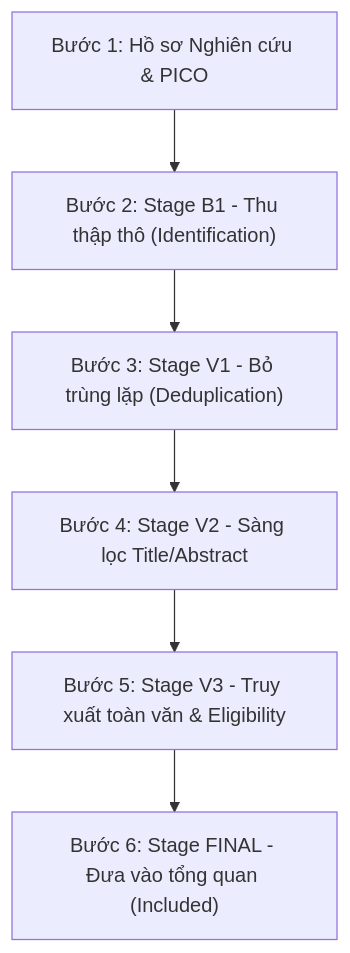
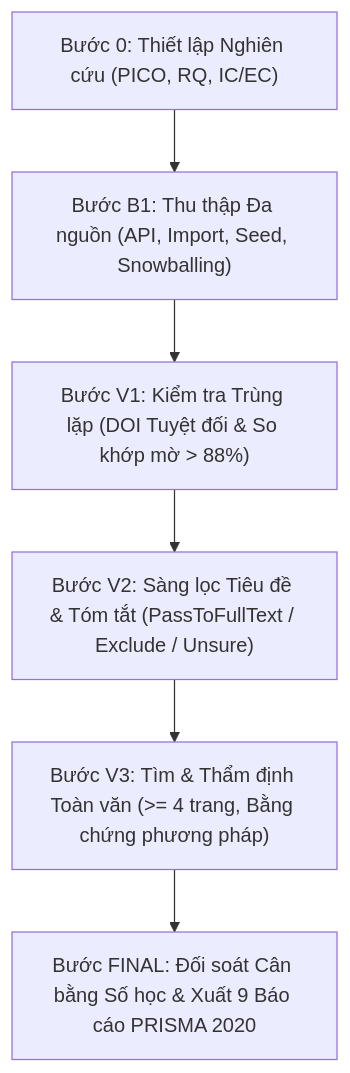
One commit to Duykhobo/Scholar-Extractor changed the first of 2 diagrams in HUONG_DAN_SU_DUNG.md. Above: the diagram before and after it, drawn with Mermaid. The commit also changed other lines of this file and 9 other files, not shown here.

````diff
--- a/HUONG_DAN_SU_DUNG.md
+++ b/HUONG_DAN_SU_DUNG.md
@@ -51,8 +257,8 @@
 ```mermaid
 graph TD
-    A["Bước 1: Hồ sơ Nghiên cứu & PICO"] --> B["Bước 2: Stage B1 - Thu thập thô (Identification)"]
-    B --> C["Bước 3: Stage V1 - Bỏ trùng lặp (Deduplication)"]
-    C --> D["Bước 4: Stage V2 - Sàng lọc Title/Abstract"]
-    D --> E["Bước 5: Stage V3 - Truy xuất toàn văn & Eligibility"]
-    E --> F["Bước 6: Stage FINAL - Đưa vào tổng quan (Included)"]
+    S0["Bước 0: Thiết lập Nghiên cứu (PICO, RQ, IC/EC)"] --> B1["Bước B1: Thu thập Đa nguồn (API, Import, Seed, Snowballing)"]
+    B1 --> V1["Bước V1: Kiểm tra Trùng lặp (DOI Tuyệt đối & So khớp mờ > 88%)"]
+    V1 --> V2["Bước V2: Sàng lọc Tiêu đề & Tóm tắt (PassToFullText / Exclude / Unsure)"]
+    V2 --> V3["Bước V3: Tìm & Thẩm định Toàn văn (>= 4 trang, Bằng chứng phương pháp)"]
+    V3 --> FINAL["Bước FINAL: Đối soát Cân bằng Số học & Xuất 9 Báo cáo PRISMA 2020"]
 ```
````
